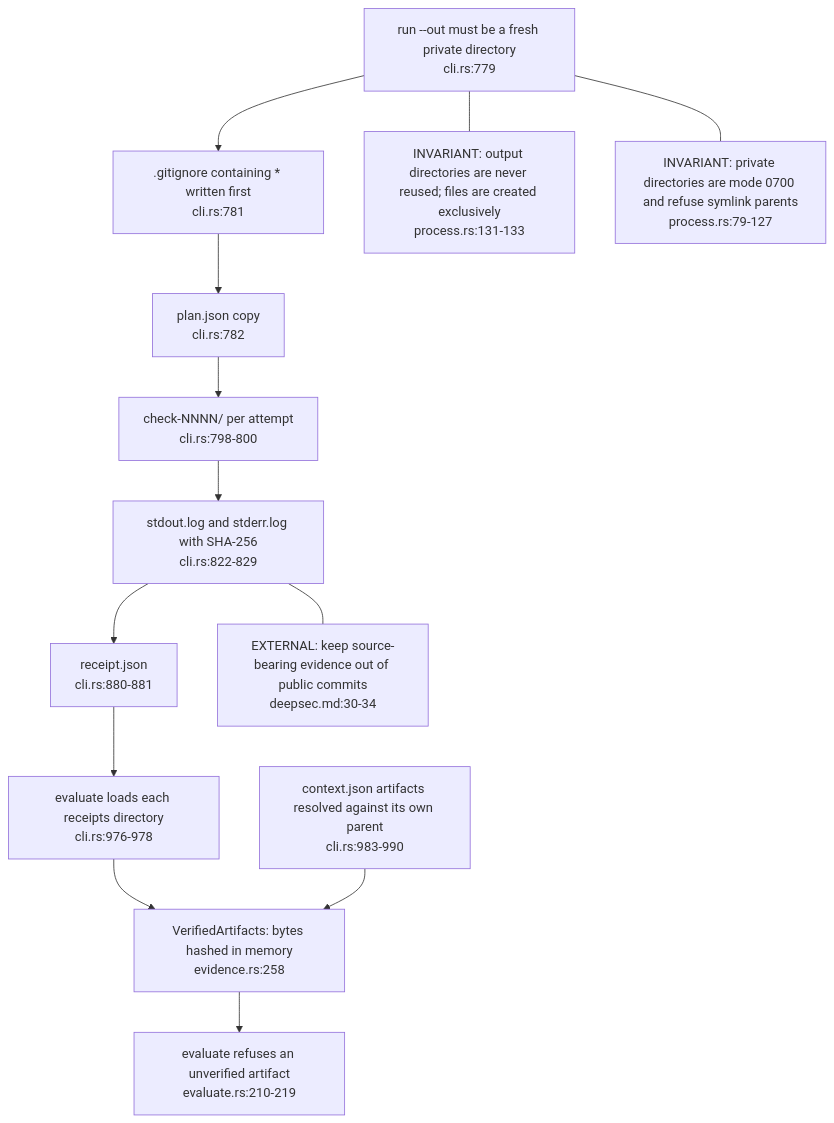
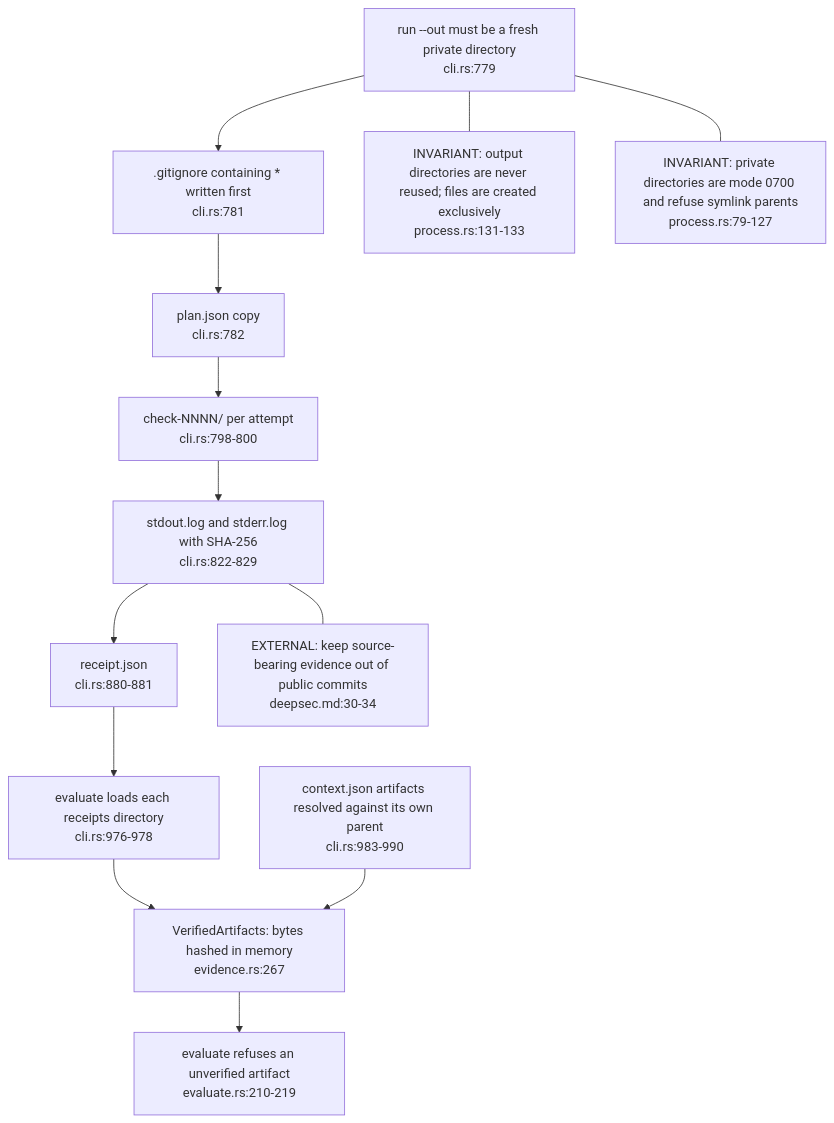
Before and after one commit to DreamLab-AI/VisionFlow: the fifth of 5 diagrams in docs/diagrams/visioncraft/03-execution-evidence-and-security-adapter.md, drawn with Mermaid. The commit also changed other lines of this file and 48 other files, not shown here.

Commit message:
docs: reconcile estate repairs and first diagram refresh batch

````diff
--- a/docs/diagrams/visioncraft/03-execution-evidence-and-security-adapter.md
+++ b/docs/diagrams/visioncraft/03-execution-evidence-and-security-adapter.md
@@ -135,22 +136,22 @@
 ```mermaid
 flowchart TB
     OUT["run --out must be a fresh private directory<br/>cli.rs:779"]
     GI[".gitignore containing * written first<br/>cli.rs:781"]
     PJ["plan.json copy<br/>cli.rs:782"]
     CK["check-NNNN/ per attempt<br/>cli.rs:798-800"]
     LG["stdout.log and stderr.log with SHA-256<br/>cli.rs:822-829"]
     RJ["receipt.json<br/>cli.rs:880-881"]
     LR["evaluate loads each receipts directory<br/>cli.rs:976-978"]
-    VA["VerifiedArtifacts: bytes hashed in memory<br/>evidence.rs:258"]
+    VA["VerifiedArtifacts: bytes hashed in memory<br/>evidence.rs:267"]
     CX["context.json artifacts resolved against its own parent<br/>cli.rs:983-990"]
     GA["evaluate refuses an unverified artifact<br/>evaluate.rs:210-219"]
     OUT --> GI --> PJ --> CK --> LG --> RJ
     RJ --> LR --> VA --> GA
     CX --> VA
     N1["INVARIANT: output directories are never reused; files are created exclusively<br/>process.rs:131-133"]
     N2["INVARIANT: private directories are mode 0700 and refuse symlink parents<br/>process.rs:79-127"]
     N3["EXTERNAL: keep source-bearing evidence out of public commits<br/>deepsec.md:30-34"]
     OUT --- N1
     OUT --- N2
     LG --- N3
 ```
````
